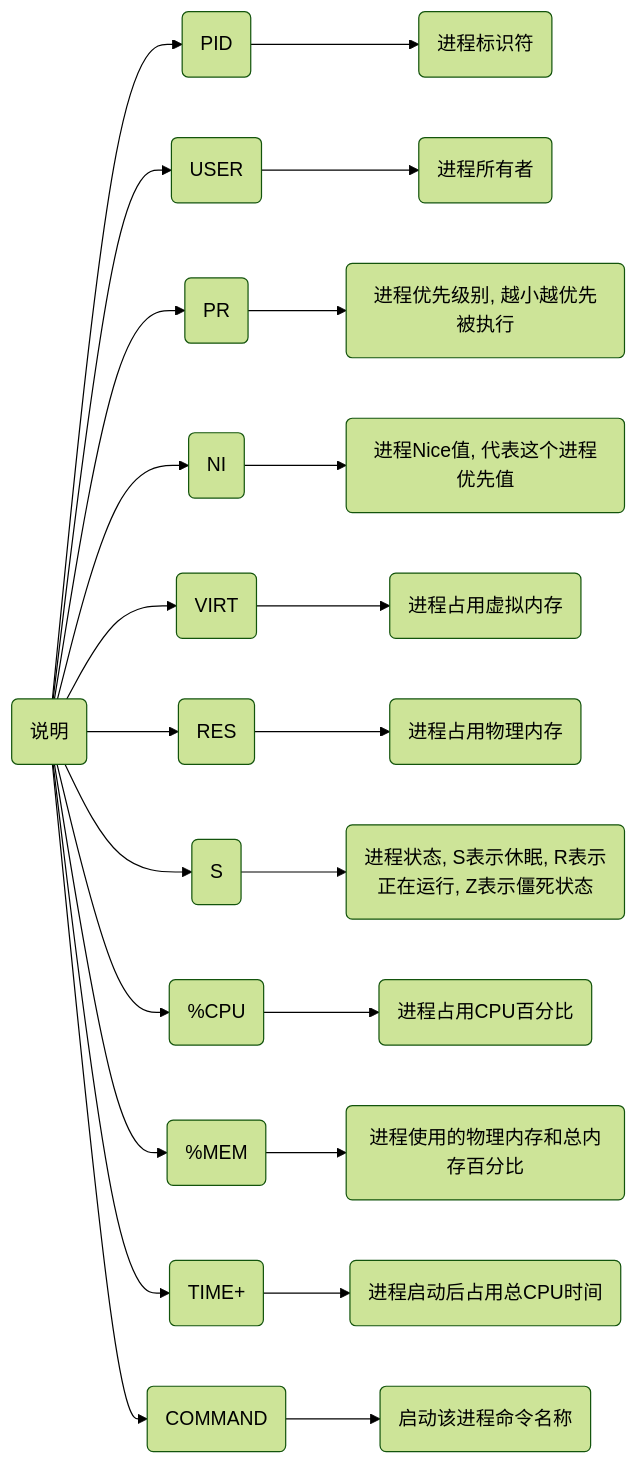
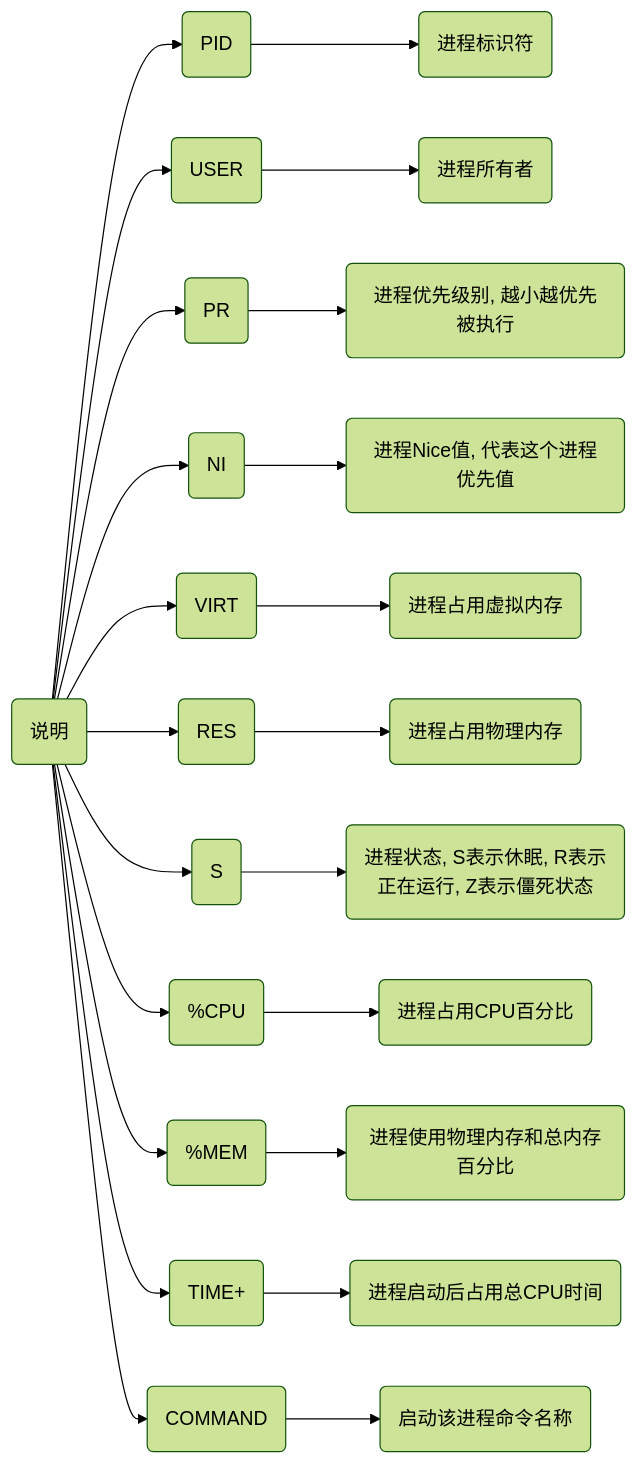
The first of 4 diagrams in _posts/operating_system/linux/system/2021-03-09-系统指令.md (dmjcb/dmjcb.github.io), drawn with Mermaid (forest theme) before and after one commit. The commit also changed other lines of this file and 14 other files, not shown here.

````diff
--- a/_posts/operating_system/linux/system/2021-03-09-系统指令.md
+++ b/_posts/operating_system/linux/system/2021-03-09-系统指令.md
@@ -16,15 +16,15 @@
 ```mermaid
 graph LR;
     X(说明)
     X-->B(PID)-->B1(进程标识符)
     X-->C(USER)-->C1(进程所有者)
     X-->D(PR)-->D1(进程优先级别, 越小越优先被执行 )
     X-->E(NI)-->E1(进程Nice值, 代表这个进程优先值)
     X-->F(VIRT)-->F1(进程占用虚拟内存)
     X-->G(RES)-->G1(进程占用物理内存)
     X-->H(S)-->H1(进程状态, S表示休眠, R表示正在运行, Z表示僵死状态)
     X-->I(%CPU)-->I1(进程占用CPU百分比)
-    X-->J(%MEM)-->J1(进程使用的物理内存和总内存百分比)
+    X-->J(%MEM)-->J1(进程使用物理内存和总内存百分比)
     X-->K(TIME+)-->K1(进程启动后占用总CPU时间)
     X-->L(COMMAND)-->L1(启动该进程命令名称)
 ```
````
